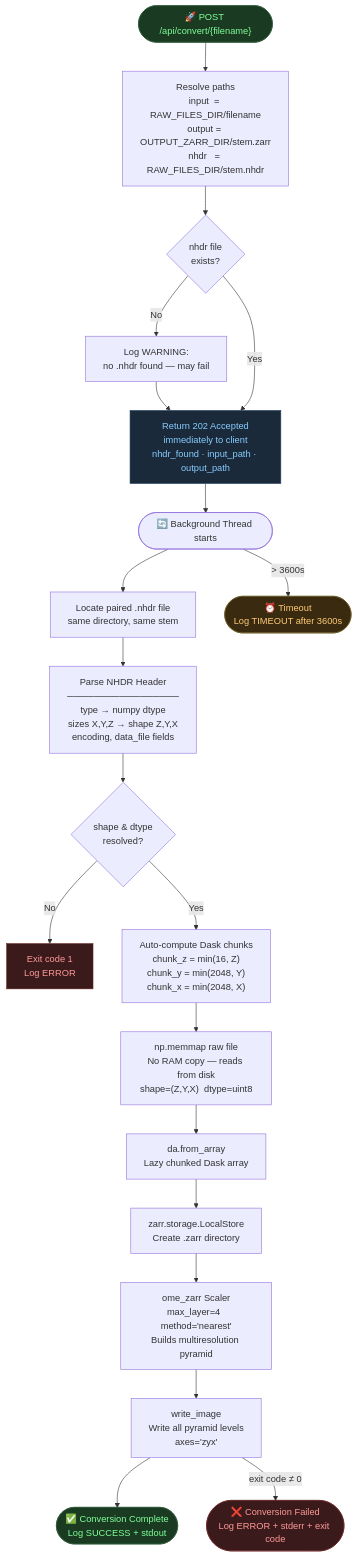
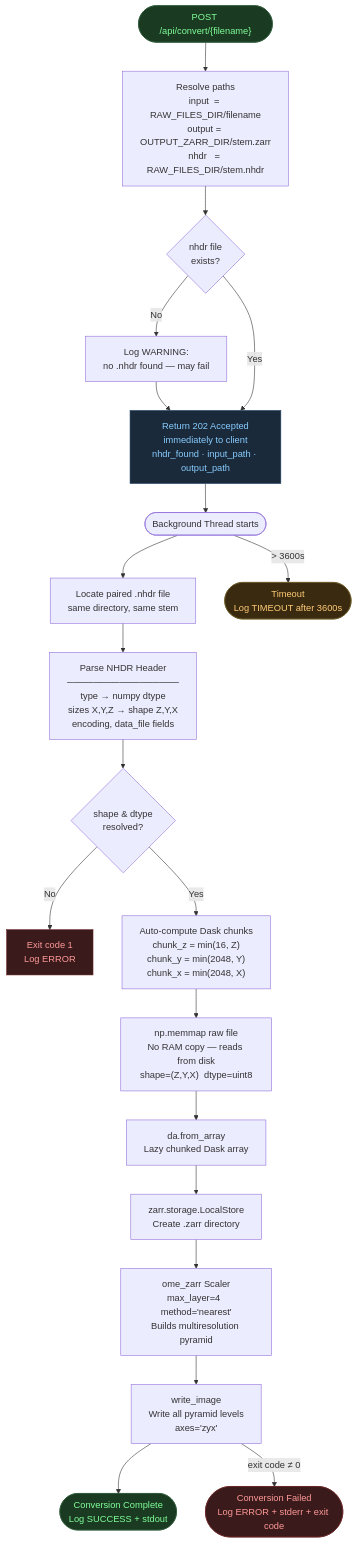
Before and after one commit to 24f2001927/Neuroglancer_Data_Conversion: the second of 3 diagrams in README.md, drawn with Mermaid. The commit also changed other lines of this file, not shown here.

Commit message:
improved diagram labels

````diff
--- a/README.md
+++ b/README.md
@@ -109,40 +109,40 @@
 ```mermaid
 flowchart TD
-    A(["🚀 POST /api/convert/{filename}"])
+    A(["POST /api/convert/{filename}"])
     B["Resolve paths\ninput  = RAW_FILES_DIR/filename\noutput = OUTPUT_ZARR_DIR/stem.zarr\nnhdr   = RAW_FILES_DIR/stem.nhdr"]
     C{"nhdr file\nexists?"}
     D["Log WARNING:\nno .nhdr found — may fail"]
     E["Return 202 Accepted\nimmediately to client\nnhdr_found · input_path · output_path"]
-    F(["🔄 Background Thread starts"])
+    F(["Background Thread starts"])
     G["Locate paired .nhdr file\nsame directory, same stem"]
     H["Parse NHDR Header\n─────────────────\ntype  → numpy dtype\nsizes X,Y,Z → shape Z,Y,X\nencoding, data_file fields"]
     I{"shape & dtype\nresolved?"}
     J["Exit code 1\nLog ERROR"]
     K["Auto-compute Dask chunks\nchunk_z = min(16, Z)\nchunk_y = min(2048, Y)\nchunk_x = min(2048, X)"]
     L["np.memmap raw file\nNo RAM copy — reads from disk\nshape=(Z,Y,X)  dtype=uint8"]
     M["da.from_array\nLazy chunked Dask array"]
     N["zarr.storage.LocalStore\nCreate .zarr directory"]
     O["ome_zarr Scaler\nmax_layer=4  method='nearest'\nBuilds multiresolution pyramid"]
     P["write_image\nWrite all pyramid levels\naxes='zyx'"]
-    Q(["✅ Conversion Complete\nLog SUCCESS + stdout"])
-    R(["❌ Conversion Failed\nLog ERROR + stderr + exit code"])
-    TIMEOUT(["⏰ Timeout\nLog TIMEOUT after 3600s"])
+    Q(["Conversion Complete\nLog SUCCESS + stdout"])
+    R(["Conversion Failed\nLog ERROR + stderr + exit code"])
+    TIMEOUT(["Timeout\nLog TIMEOUT after 3600s"])
 
     A --> B --> C
     C -- No --> D --> E
     C -- Yes --> E
     E --> F
     F --> G --> H --> I
     I -- No --> J
     I -- Yes --> K --> L --> M --> N --> O --> P
     P --> Q
     P -->|exit code ≠ 0| R
     F -->|> 3600s| TIMEOUT
 
     style A fill:#1a3a22,color:#80ff99,stroke:#2a5535
     style E fill:#1a2a3a,color:#88ccff,stroke:#224466
     style Q fill:#1a3a22,color:#80ff99,stroke:#2a5535
     style R fill:#3a1a1a,color:#ff9999,stroke:#662222
     style TIMEOUT fill:#3a2a10,color:#ffcc77,stroke:#665522
     style J fill:#3a1a1a,color:#ff9999,stroke:#662222
 ```
````
